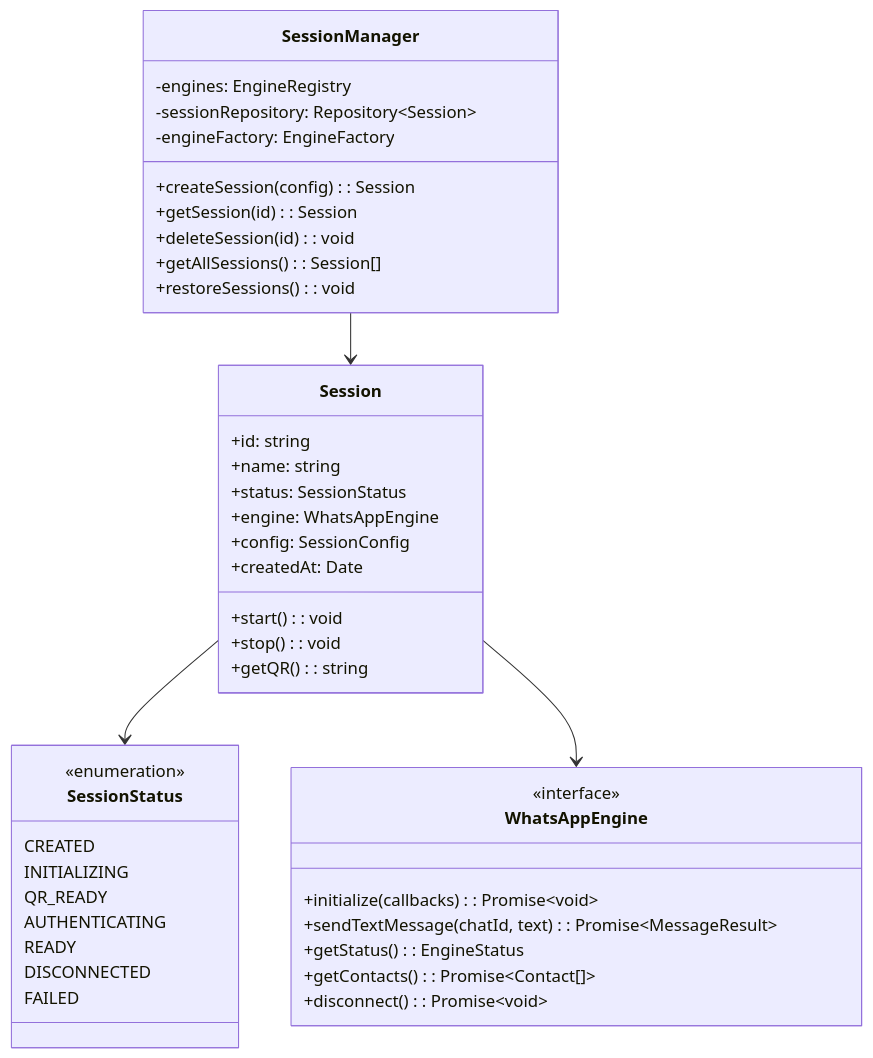
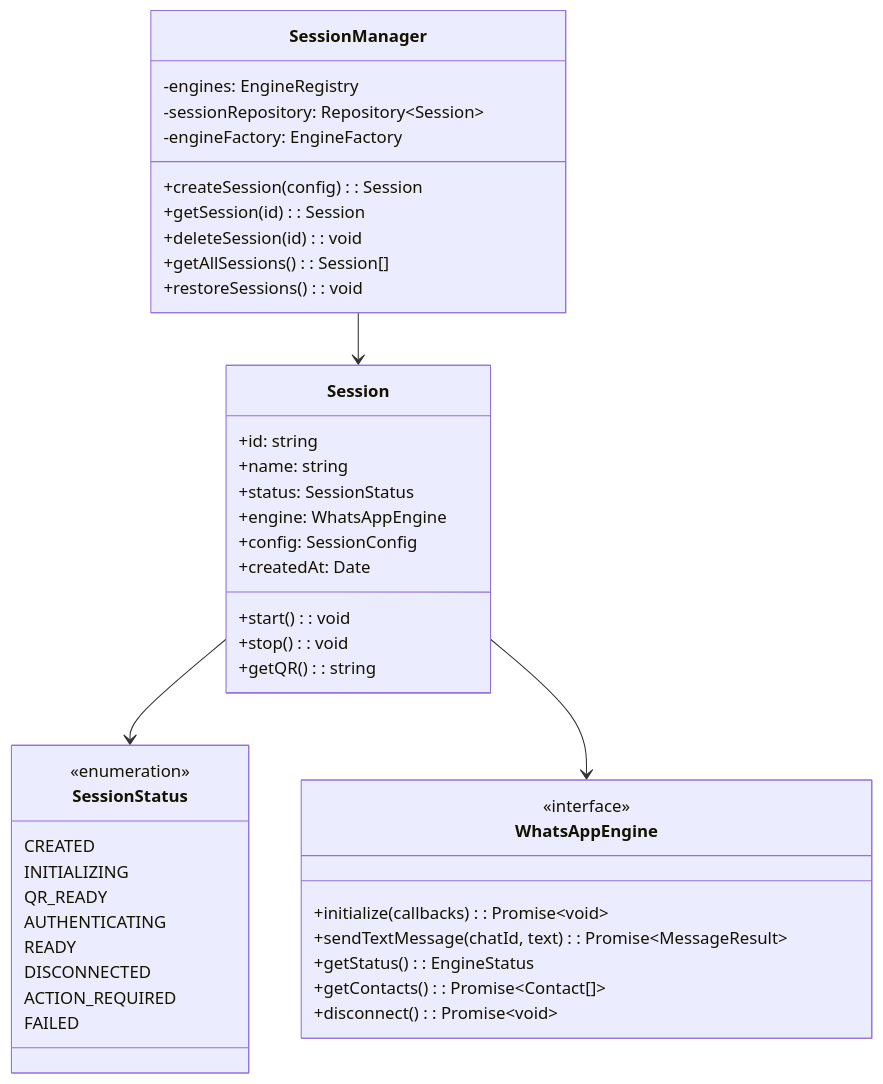
The ninth of 24 diagrams in docs/03-system-architecture.md (AntoineTROOVY/Sherlo), drawn with Mermaid before and after one commit. The commit also changed other lines of this file, not shown here.

First line of the commit message:
docs(architecture): show session status values as the API returns them

````diff
--- a/docs/03-system-architecture.md
+++ b/docs/03-system-architecture.md
@@ -454,49 +454,50 @@
 ```mermaid
 classDiagram
     class SessionManager {
         -engines: EngineRegistry
         -sessionRepository: Repository~Session~
         -engineFactory: EngineFactory
         +createSession(config): Session
         +getSession(id): Session
         +deleteSession(id): void
         +getAllSessions(): Session[]
         +restoreSessions(): void
     }
 
     class Session {
         +id: string
         +name: string
         +status: SessionStatus
         +engine: WhatsAppEngine
         +config: SessionConfig
         +createdAt: Date
         +start(): void
         +stop(): void
         +getQR(): string
     }
 
     class SessionStatus {
         <<enumeration>>
         CREATED
         INITIALIZING
         QR_READY
         AUTHENTICATING
         READY
         DISCONNECTED
+        ACTION_REQUIRED
         FAILED
     }
 
     class WhatsAppEngine {
         <<interface>>
         +initialize(callbacks): Promise~void~
         +sendTextMessage(chatId, text): Promise~MessageResult~
         +getStatus(): EngineStatus
         +getContacts(): Promise~Contact[]~
         +disconnect(): Promise~void~
     }
 
     SessionManager --> Session
     Session --> SessionStatus
     Session --> WhatsAppEngine
 ```
````
